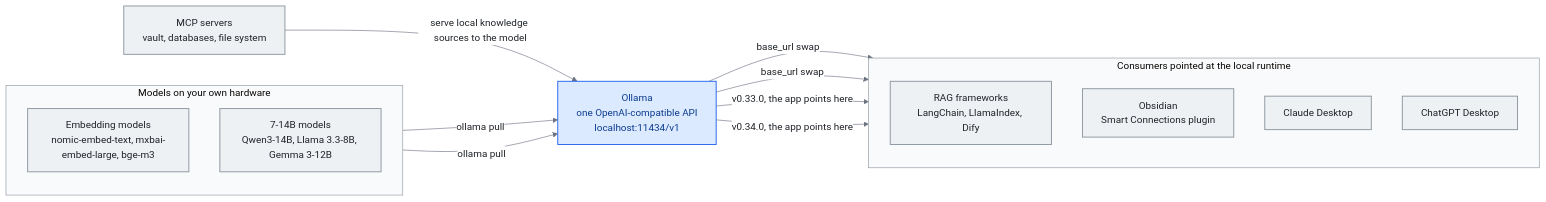
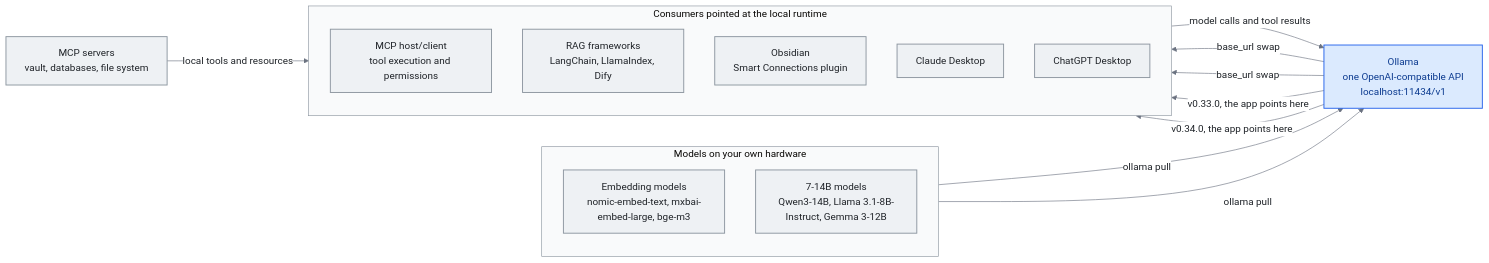
Before and after one commit to kennethlaw325/awesome-llm-knowledge-systems: the diagram in chapters/12-local-models.md, drawn with Mermaid. The commit also changed other lines of this file and 44 other files, not shown here.

````diff
--- a/chapters/12-local-models.md
+++ b/chapters/12-local-models.md
@@ -11,30 +11,32 @@
 ```mermaid
 %%{init: {'theme':'base','themeVariables':{'primaryColor':'#eef1f4','primaryTextColor':'#1f2328','primaryBorderColor':'#8c959f','lineColor':'#6b7280','tertiaryColor':'#f6f8fa','clusterBkg':'#f9fafb','clusterBorder':'#8c959f','edgeLabelBackground':'#ffffff'}}}%%
 flowchart LR
     subgraph LOCAL["Models on your own hardware"]
       direction TB
       EMB["Embedding models<br/>nomic-embed-text, mxbai-embed-large, bge-m3"]
-      GEN["7-14B models<br/>Qwen3-14B, Llama 3.3-8B, Gemma 3-12B"]
+      GEN["7-14B models<br/>Qwen3-14B, Llama 3.1-8B-Instruct, Gemma 3-12B"]
     end
     EMB -->|ollama pull| OLL
     GEN -->|ollama pull| OLL
-    MCPS["MCP servers<br/>vault, databases, file system"] -->|serve local knowledge sources to the model| OLL
+    MCPS["MCP servers<br/>vault, databases, file system"] -->|local tools and resources| HOST
     OLL["Ollama<br/>one OpenAI-compatible API<br/>localhost:11434/v1"]
     subgraph CONS["Consumers pointed at the local runtime"]
       direction TB
       RAG["RAG frameworks<br/>LangChain, LlamaIndex, Dify"]
       OBS["Obsidian<br/>Smart Connections plugin"]
       CD["Claude Desktop"]
       CG["ChatGPT Desktop"]
+      HOST["MCP host/client<br/>tool execution and permissions"]
     end
     OLL -->|base_url swap| RAG
     OLL -->|base_url swap| OBS
     OLL -->|v0.33.0, the app points here| CD
     OLL -->|v0.34.0, the app points here| CG
-    class EMB,GEN,RAG,OBS,MCPS,CD,CG stable
+    HOST -->|model calls and tool results| OLL
+    class EMB,GEN,RAG,OBS,MCPS,CD,CG,HOST stable
     class OLL accent
 classDef stable fill:#eef1f4,stroke:#8c959f,stroke-width:1.5px,color:#1f2328
 classDef accent fill:#dbeafe,stroke:#2563eb,stroke-width:1.5px,color:#0b3a8f
 classDef muted fill:#f6f8fa,stroke:#adb5bd,stroke-width:1.5px,color:#57606a
 classDef gate fill:#ffffff,stroke:#2563eb,stroke-width:1.5px,color:#0b3a8f
 ```
````
